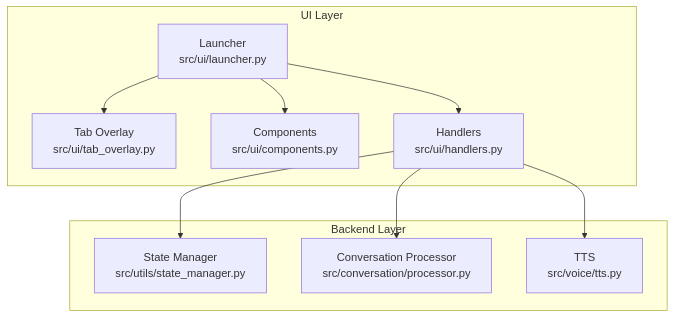
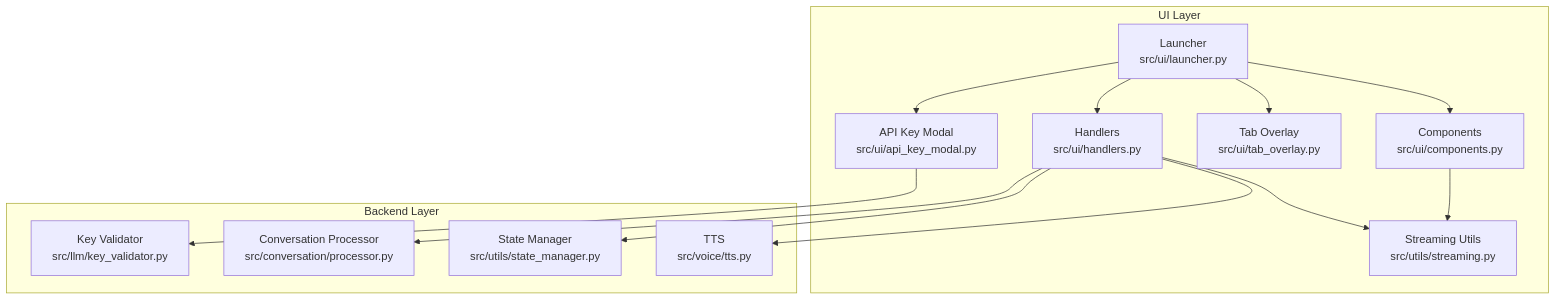
Before and after one commit to MOK-5-ha/MayaMCP: the first of 6 diagrams in .qoder/repowiki/en/content/User Interface Components/User Interface Components.md, drawn with Mermaid. The commit also changed other lines of this file and 27 other files, not shown here.

Commit message:
docs: updated repowiki to account for new streaming llm responses and other latency reducing performance enhancements to the codebase

````diff
--- a/.qoder/repowiki/en/content/User Interface Components/User Interface Components.md
+++ b/.qoder/repowiki/en/content/User Interface Components/User Interface Components.md
@@ -45,20 +61,27 @@
 ```mermaid
 graph TB
 subgraph "UI Layer"
 L["Launcher<br/>src/ui/launcher.py"]
+AK["API Key Modal<br/>src/ui/api_key_modal.py"]
 TO["Tab Overlay<br/>src/ui/tab_overlay.py"]
 C["Components<br/>src/ui/components.py"]
 H["Handlers<br/>src/ui/handlers.py"]
+SU["Streaming Utils<br/>src/utils/streaming.py"]
 end
 subgraph "Backend Layer"
 SM["State Manager<br/>src/utils/state_manager.py"]
+KV["Key Validator<br/>src/llm/key_validator.py"]
 CP["Conversation Processor<br/>src/conversation/processor.py"]
 TTS["TTS<br/>src/voice/tts.py"]
 end
+L --> AK
 L --> H
 H --> CP
 H --> SM
 H --> TTS
+AK --> KV
 L --> TO
 L --> C
+C --> SU
+H --> SU
 ```
````
